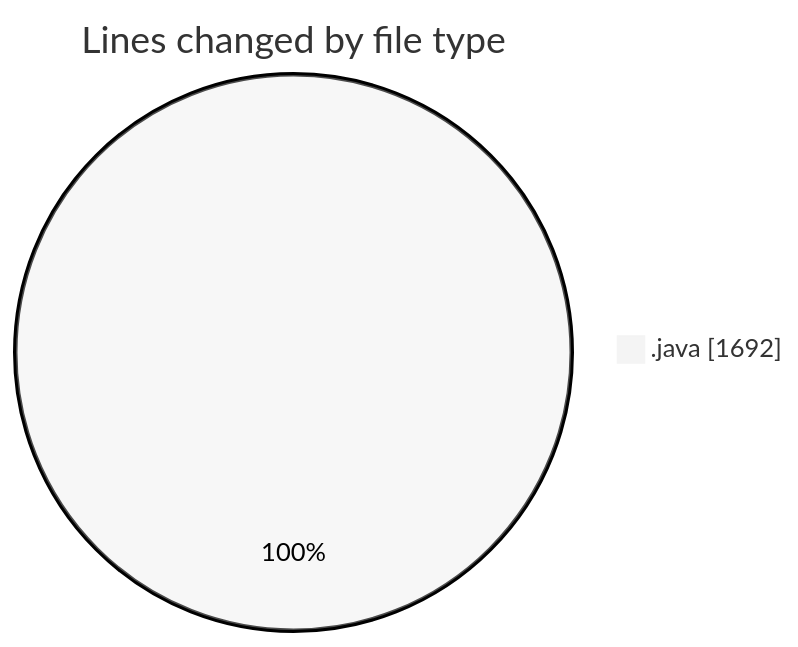
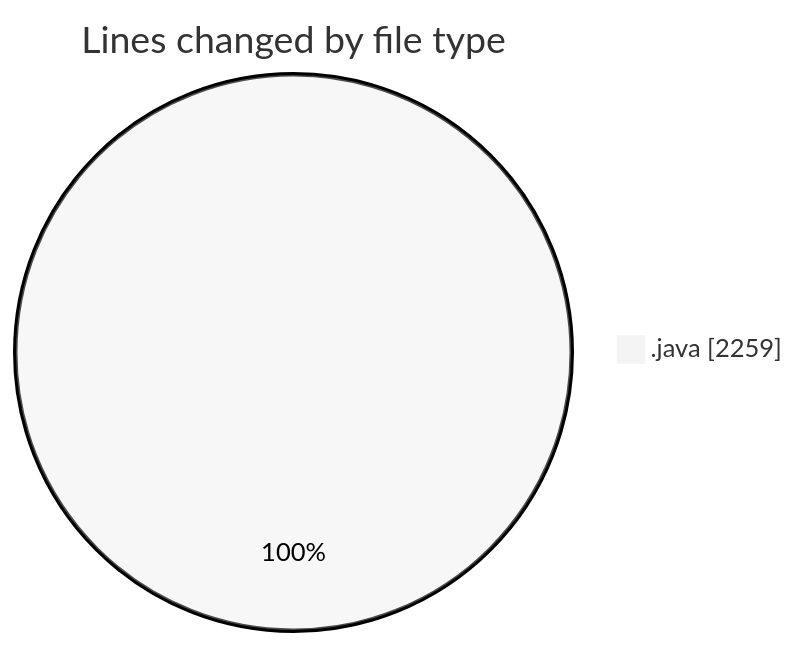
Before and after one commit to ricardozamudiocil/code-tracking: the first of 2 diagrams in 2026-06-29/cilapp/README.md, drawn with Mermaid (neutral theme). The commit also changed other lines of this file and 1 other file, not shown here.

````diff
--- a/2026-06-29/cilapp/README.md
+++ b/2026-06-29/cilapp/README.md
@@ -21,5 +22,5 @@
 ```mermaid
 pie showData
 title Lines changed by file type
-".java" : 1692
+".java" : 2259
 ```
````
